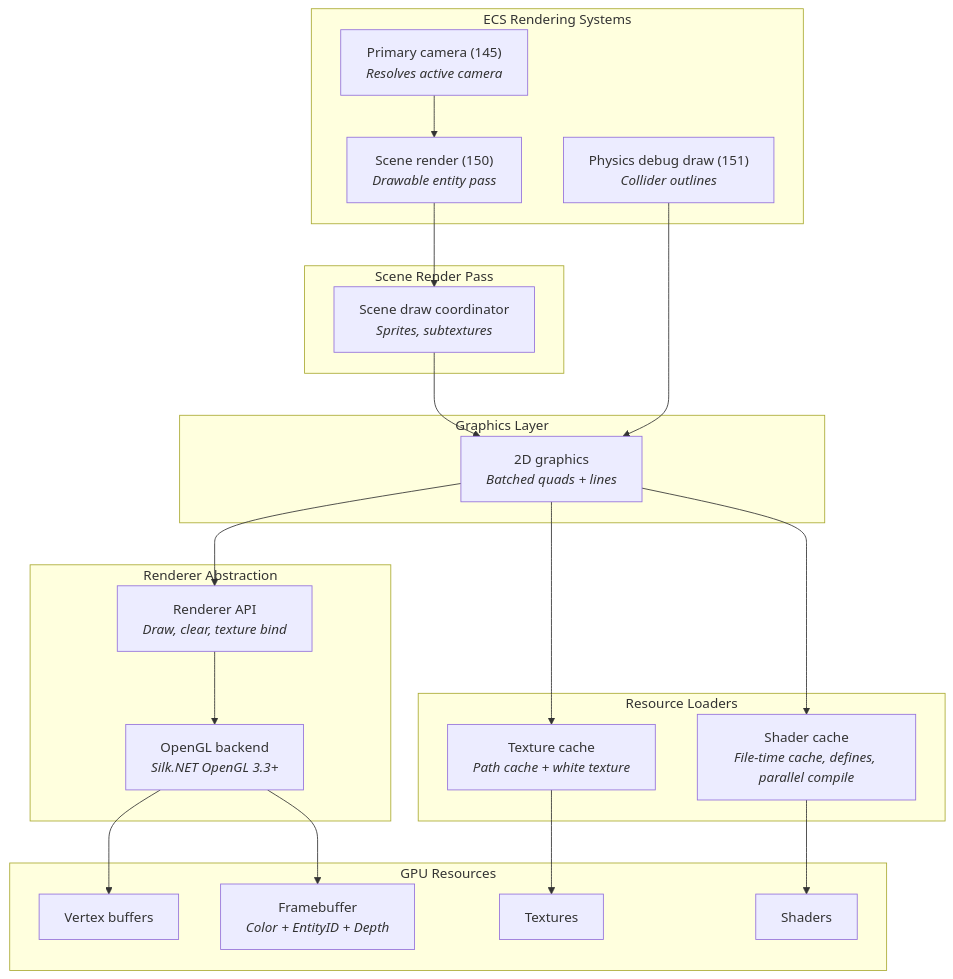
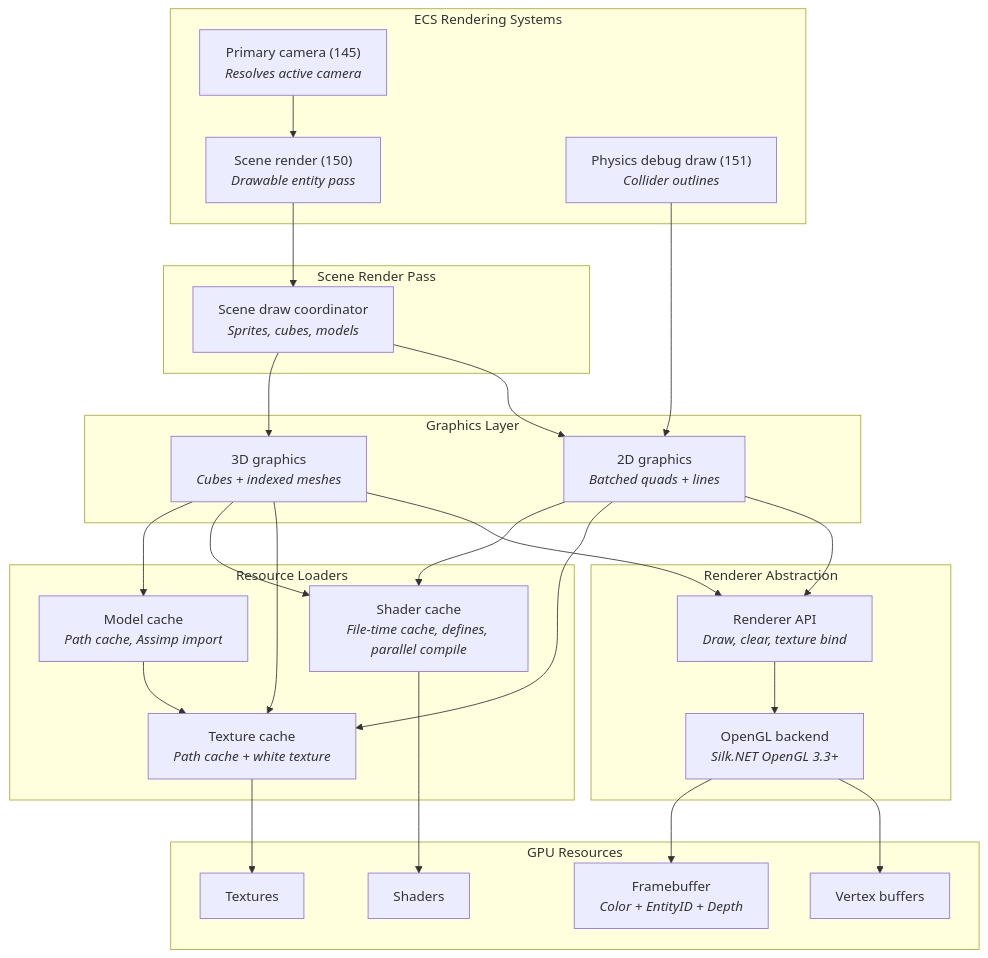
The first of 5 diagrams in docs/architecture/rendering-pipeline.md (kateusz/GameEngine), drawn with Mermaid before and after one commit. The commit also changed other lines of this file and 8 other files, not shown here.

````diff
--- a/docs/architecture/rendering-pipeline.md
+++ b/docs/architecture/rendering-pipeline.md
@@ -9,46 +9,54 @@
 ```mermaid
 graph TB
     subgraph "ECS Rendering Systems"
         PCS["Primary camera (145)<br/><i>Resolves active camera</i>"]
         SRS["Scene render (150)<br/><i>Drawable entity pass</i>"]
         PDRS["Physics debug draw (151)<br/><i>Collider outlines</i>"]
     end
 
     subgraph "Scene Render Pass"
-        SRP["Scene draw coordinator<br/><i>Sprites, subtextures</i>"]
+        SRP["Scene draw coordinator<br/><i>Sprites, cubes, models</i>"]
     end
 
     subgraph "Graphics Layer"
         G2D["2D graphics<br/><i>Batched quads + lines</i>"]
+        G3D["3D graphics<br/><i>Cubes + indexed meshes</i>"]
     end
 
     subgraph "Resource Loaders"
         TF["Texture cache<br/><i>Path cache + white texture</i>"]
         SF["Shader cache<br/><i>File-time cache, defines, parallel compile</i>"]
+        MF["Model cache<br/><i>Path cache, Assimp import</i>"]
     end
 
     subgraph "Renderer Abstraction"
         API["Renderer API<br/><i>Draw, clear, texture bind</i>"]
         OAPI["OpenGL backend<br/><i>Silk.NET OpenGL 3.3+</i>"]
     end
 
     subgraph "GPU Resources"
         VAO["Vertex buffers"]
         FB["Framebuffer<br/><i>Color + EntityID + Depth</i>"]
         Tex["Textures"]
         Shader["Shaders"]
     end
 
     PCS --> SRS
     SRS --> SRP
     SRP --> G2D
+    SRP --> G3D
     PDRS --> G2D
     G2D --> API
     G2D --> TF
     G2D --> SF
+    G3D --> API
+    G3D --> TF
+    G3D --> SF
+    G3D --> MF
+    MF --> TF
     API --> OAPI
     OAPI --> VAO
     OAPI --> FB
     TF --> Tex
     SF --> Shader
 ```
````
